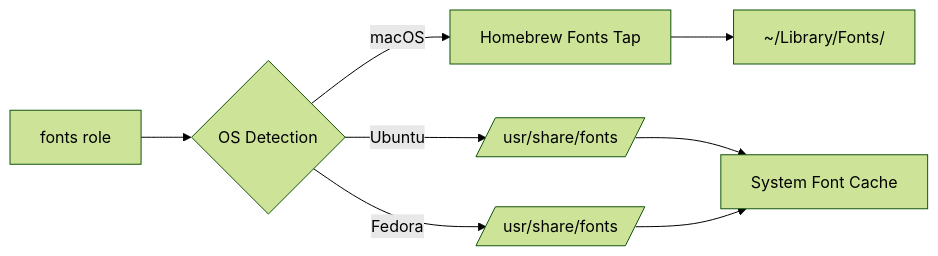
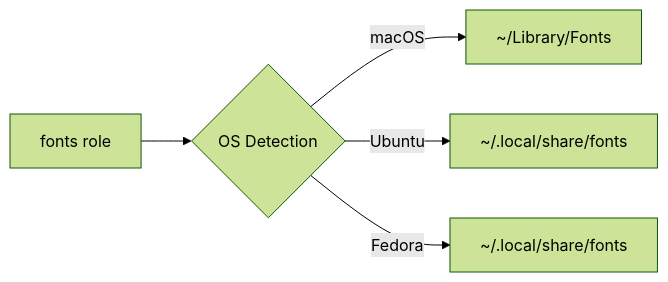
Before and after one commit to uarslandev/infra: the diagram in dotfiles/roles/fonts/README.md, drawn with Mermaid (forest theme). The commit also changed other lines of this file and 7 other files, not shown here.

````diff
--- a/dotfiles/roles/fonts/README.md
+++ b/dotfiles/roles/fonts/README.md
@@ -27,11 +30,7 @@
 ```mermaid
 graph LR
     A[fonts role] --> B{OS Detection}
-    B -->|macOS| C[Homebrew Fonts Tap]
-    B -->|Ubuntu| D[/usr/share/fonts/]
-    B -->|Fedora| E[/usr/share/fonts/]
-
-    C --> F[~/Library/Fonts/]
-    D --> G[System Font Cache]
-    E --> G
+    B -->|macOS| C[~/Library/Fonts]
+    B -->|Ubuntu| D[~/.local/share/fonts]
+    B -->|Fedora| E[~/.local/share/fonts]
 ```
````
